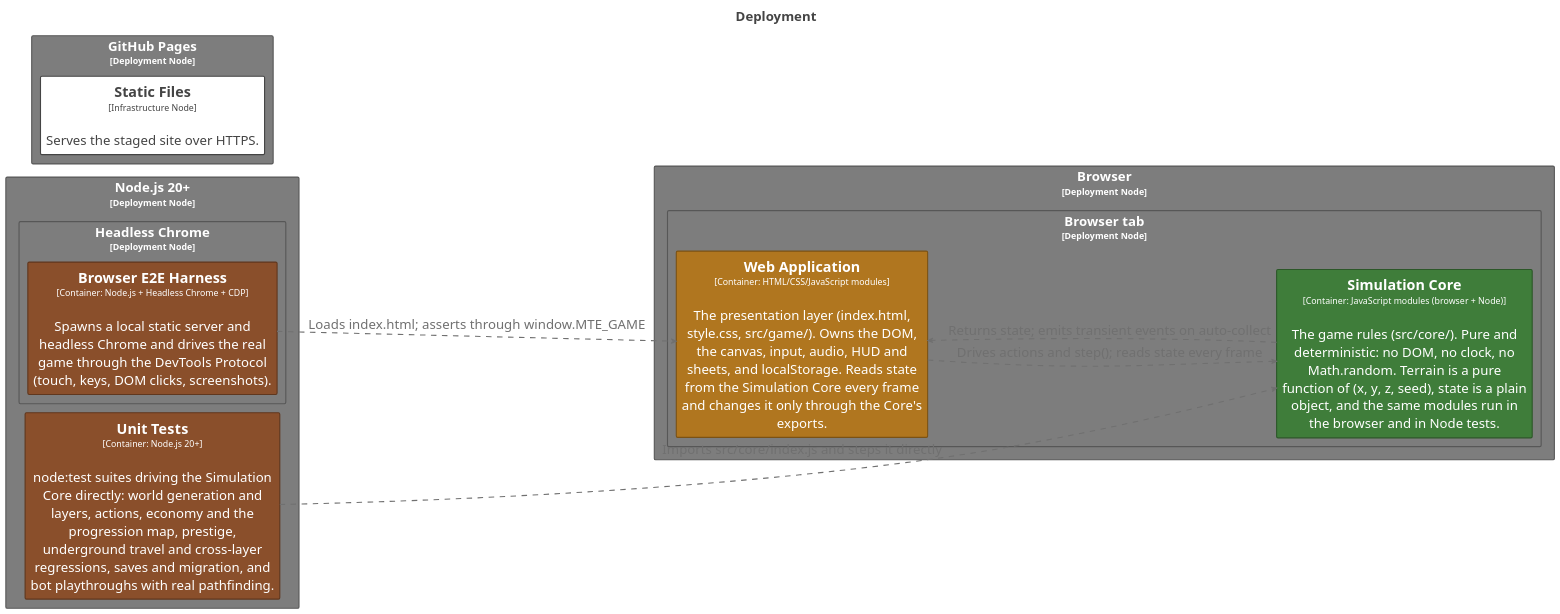
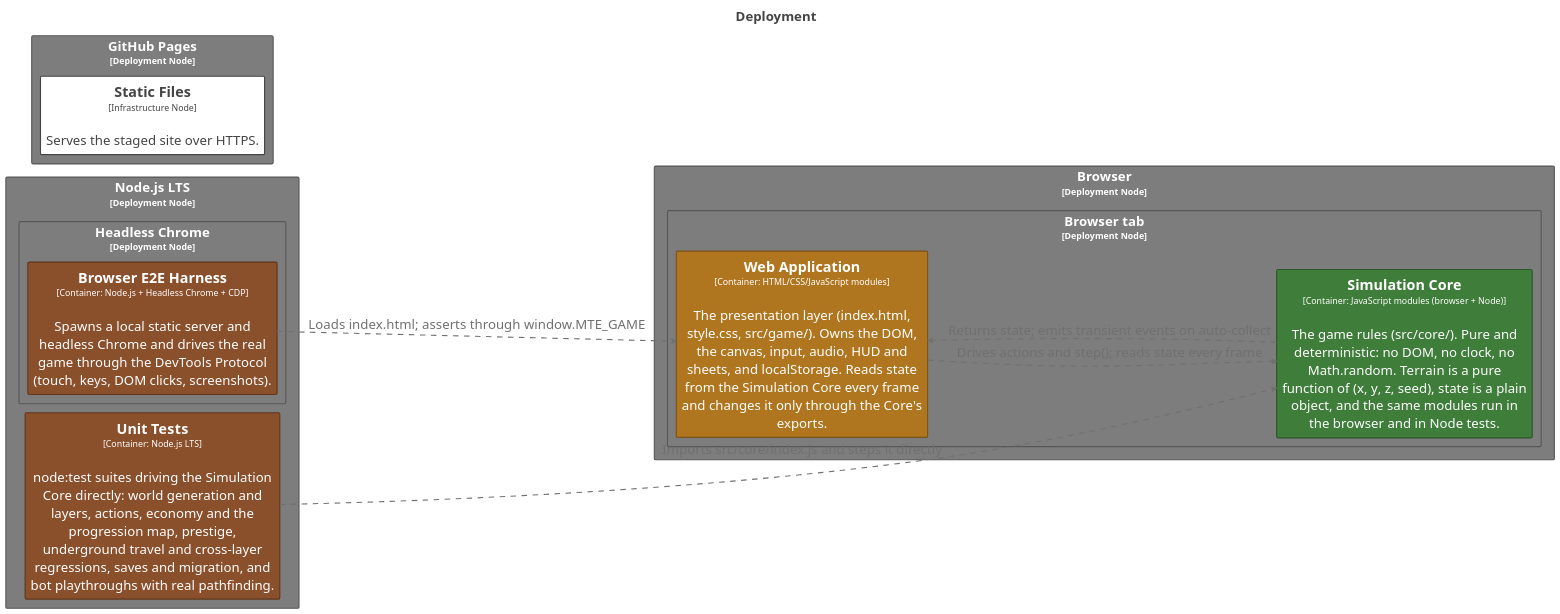
Before and after one commit to bitkojine/more-than-enough: the diagram in structurizr/diagrams/Deployment.puml, drawn with PlantUML. The commit also changed 6 other files, not shown here.

First line of the commit message:
chore: use the latest Node LTS everywhere via .nvmrc

```diff
--- a/structurizr/diagrams/Deployment.puml
+++ b/structurizr/diagrams/Deployment.puml
@@ -2,110 +2,110 @@
 @startuml
 title <size:24>Deployment</size>
 
 set separator none
 left to right direction
 skinparam ranksep 20
 skinparam nodesep 5
 hide stereotype
 
 <style>
   root {
     BackgroundColor: #ffffff;
     FontColor: #444444;
   }
   // Element
   .Element-RWxlbWVudA== {
     BackgroundColor: #ffffff;
     LineColor: #444444;
     LineStyle: 0;
     LineThickness: 2;
     FontColor: #444444;
     FontSize: 24;
     HorizontalAlignment: center;
     Shadowing: 0;
     MaximumWidth: 450;
   }
   // Element,Container,Core Engine
   .Element-RWxlbWVudCxDb250YWluZXIsQ29yZSBFbmdpbmU= {
     BackgroundColor: #3f7d3a;
     LineColor: #2c5728;
     LineStyle: 0;
     LineThickness: 2;
     FontColor: #ffffff;
     FontSize: 24;
     HorizontalAlignment: center;
     Shadowing: 0;
     MaximumWidth: 450;
   }
   // Element,Container,Presentation
   .Element-RWxlbWVudCxDb250YWluZXIsUHJlc2VudGF0aW9u {
     BackgroundColor: #b0761f;
     LineColor: #7b5215;
     LineStyle: 0;
     LineThickness: 2;
     FontColor: #ffffff;
     FontSize: 24;
     HorizontalAlignment: center;
     Shadowing: 0;
     MaximumWidth: 450;
   }
   // Element,Container,Tooling,Test
   .Element-RWxlbWVudCxDb250YWluZXIsVG9vbGluZyxUZXN0 {
     BackgroundColor: #8a4f2b;
     LineColor: #60371e;
     LineStyle: 0;
     LineThickness: 2;
     FontColor: #ffffff;
     FontSize: 24;
     HorizontalAlignment: center;
     Shadowing: 0;
     MaximumWidth: 450;
   }
   // Relationship
   .Relationship-UmVsYXRpb25zaGlw {
     LineThickness: 2;
     LineStyle: 10-10;
     LineColor: #707070;
     FontColor: #707070;
     FontSize: 24;
     MaximumWidth: 200;
   }
   // Element,Deployment Node
   .DeploymentNode-RWxlbWVudCxEZXBsb3ltZW50IE5vZGU= {
     BackgroundColor: #7d7d7d;
     LineColor: #575757;
     LineStyle: 0;
     LineThickness: 2;
     FontColor: #ffffff;
     FontSize: 24;
     HorizontalAlignment: center;
     Shadowing: 0;
   }
 </style>
 
 rectangle "Browser\n<size:16>[Deployment Node]</size>" <<DeploymentNode-RWxlbWVudCxEZXBsb3ltZW50IE5vZGU=>> as Production.Browser {
   rectangle "Browser tab\n<size:16>[Deployment Node]</size>" <<DeploymentNode-RWxlbWVudCxEZXBsb3ltZW50IE5vZGU=>> as Production.Browser.Browsertab {
     rectangle "==Web Application\n<size:16>[Container: HTML/CSS/JavaScript modules]</size>\n\nThe presentation layer (index.html, style.css, src/game/). Owns the DOM, the canvas, input, audio, HUD and sheets, and localStorage. Reads state from the Simulation Core every frame and changes it only through the Core's exports." <<Element-RWxlbWVudCxDb250YWluZXIsUHJlc2VudGF0aW9u>> as Production.Browser.Browsertab.WebApplication_1
     rectangle "==Simulation Core\n<size:16>[Container: JavaScript modules (browser + Node)]</size>\n\nThe game rules (src/core/). Pure and deterministic: no DOM, no clock, no Math.random. Terrain is a pure function of (x, y, z, seed), state is a plain object, and the same modules run in the browser and in Node tests." <<Element-RWxlbWVudCxDb250YWluZXIsQ29yZSBFbmdpbmU=>> as Production.Browser.Browsertab.SimulationCore_1
   }
 
 }
 
 rectangle "GitHub Pages\n<size:16>[Deployment Node]</size>" <<DeploymentNode-RWxlbWVudCxEZXBsb3ltZW50IE5vZGU=>> as Production.GitHubPages {
   rectangle "==Static Files\n<size:16>[Infrastructure Node]</size>\n\nServes the staged site over HTTPS." <<Element-RWxlbWVudA==>> as Production.GitHubPages.StaticFiles
 }
 
-rectangle "Node.js 20+\n<size:16>[Deployment Node]</size>" <<DeploymentNode-RWxlbWVudCxEZXBsb3ltZW50IE5vZGU=>> as Production.Nodejs20 {
-  rectangle "==Unit Tests\n<size:16>[Container: Node.js 20+]</size>\n\nnode:test suites driving the Simulation Core directly: world generation and layers, actions, economy and the progression map, prestige, underground travel and cross-layer regressions, saves and migration, and bot playthroughs with real pathfinding." <<Element-RWxlbWVudCxDb250YWluZXIsVG9vbGluZyxUZXN0>> as Production.Nodejs20.UnitTests_1
-  rectangle "Headless Chrome\n<size:16>[Deployment Node]</size>" <<DeploymentNode-RWxlbWVudCxEZXBsb3ltZW50IE5vZGU=>> as Production.Nodejs20.HeadlessChrome {
-    rectangle "==Browser E2E Harness\n<size:16>[Container: Node.js + Headless Chrome + CDP]</size>\n\nSpawns a local static server and headless Chrome and drives the real game through the DevTools Protocol (touch, keys, DOM clicks, screenshots)." <<Element-RWxlbWVudCxDb250YWluZXIsVG9vbGluZyxUZXN0>> as Production.Nodejs20.HeadlessChrome.BrowserE2EHarness_1
+rectangle "Node.js LTS\n<size:16>[Deployment Node]</size>" <<DeploymentNode-RWxlbWVudCxEZXBsb3ltZW50IE5vZGU=>> as Production.NodejsLTS {
+  rectangle "==Unit Tests\n<size:16>[Container: Node.js LTS]</size>\n\nnode:test suites driving the Simulation Core directly: world generation and layers, actions, economy and the progression map, prestige, underground travel and cross-layer regressions, saves and migration, and bot playthroughs with real pathfinding." <<Element-RWxlbWVudCxDb250YWluZXIsVG9vbGluZyxUZXN0>> as Production.NodejsLTS.UnitTests_1
+  rectangle "Headless Chrome\n<size:16>[Deployment Node]</size>" <<DeploymentNode-RWxlbWVudCxEZXBsb3ltZW50IE5vZGU=>> as Production.NodejsLTS.HeadlessChrome {
+    rectangle "==Browser E2E Harness\n<size:16>[Container: Node.js + Headless Chrome + CDP]</size>\n\nSpawns a local static server and headless Chrome and drives the real game through the DevTools Protocol (touch, keys, DOM clicks, screenshots)." <<Element-RWxlbWVudCxDb250YWluZXIsVG9vbGluZyxUZXN0>> as Production.NodejsLTS.HeadlessChrome.BrowserE2EHarness_1
   }
 
 }
 
 Production.Browser.Browsertab.SimulationCore_1 --> Production.Browser.Browsertab.WebApplication_1 <<Relationship-UmVsYXRpb25zaGlw>> : "Returns state; emits transient events on auto-collect"
 Production.Browser.Browsertab.WebApplication_1 --> Production.Browser.Browsertab.SimulationCore_1 <<Relationship-UmVsYXRpb25zaGlw>> : "Drives actions and step(); reads state every frame"
-Production.Nodejs20.UnitTests_1 --> Production.Browser.Browsertab.SimulationCore_1 <<Relationship-UmVsYXRpb25zaGlw>> : "Imports src/core/index.js and steps it directly"
-Production.Nodejs20.HeadlessChrome.BrowserE2EHarness_1 --> Production.Browser.Browsertab.WebApplication_1 <<Relationship-UmVsYXRpb25zaGlw>> : "Loads index.html; asserts through window.MTE_GAME"
+Production.NodejsLTS.UnitTests_1 --> Production.Browser.Browsertab.SimulationCore_1 <<Relationship-UmVsYXRpb25zaGlw>> : "Imports src/core/index.js and steps it directly"
+Production.NodejsLTS.HeadlessChrome.BrowserE2EHarness_1 --> Production.Browser.Browsertab.WebApplication_1 <<Relationship-UmVsYXRpb25zaGlw>> : "Loads index.html; asserts through window.MTE_GAME"
 
 @enduml
```
